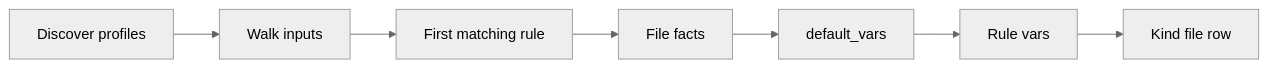
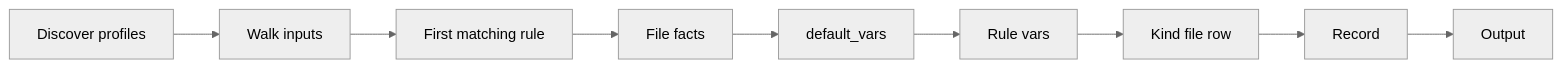
The diagram in docs/content/concepts/index.md (mrjk/supershelf), drawn with Mermaid (neutral theme) before and after one commit. The commit also changed 31 other files, not shown here.

First line of the commit message:
feat(output): copy, symlink, or hardlink recorded files

````diff
--- a/docs/content/concepts/index.md
+++ b/docs/content/concepts/index.md
@@ -5,9 +5,11 @@
 ```mermaid
 flowchart LR
   discover[Discover profiles] --> walk[Walk inputs]
   walk --> match[First matching rule]
   match --> facts[File facts]
   facts --> defaults[default_vars]
   defaults --> ruleVars[Rule vars]
   ruleVars --> kindFile[Kind file row]
+  kindFile --> recorded[Record]
+  recorded --> output[Output]
 ```
````
